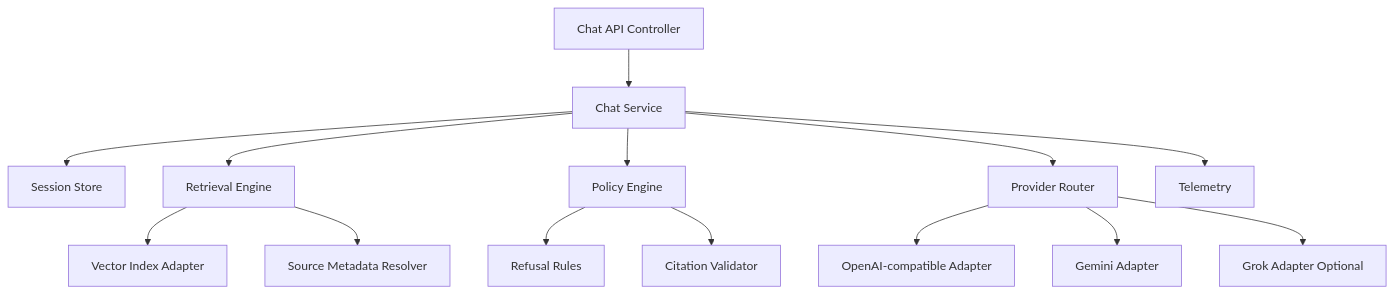
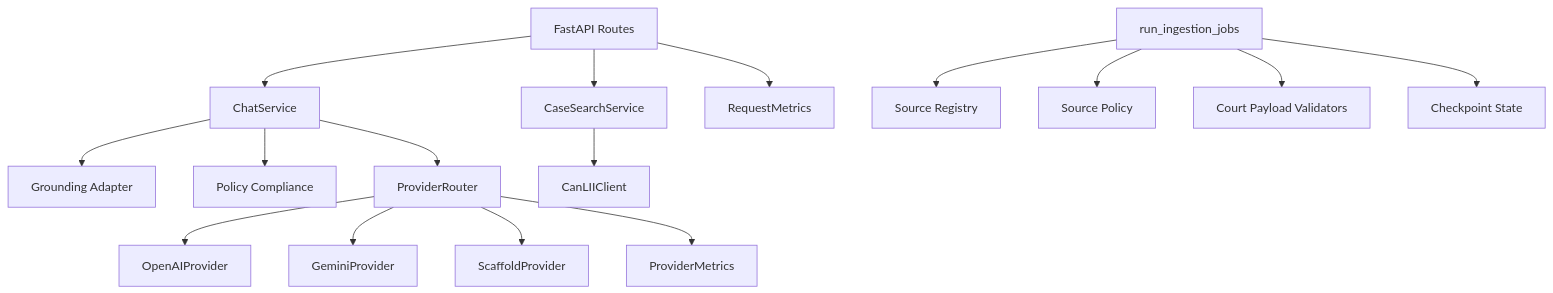
The diagram in docs/architecture/03-component-and-module-architecture.md (anamanlab/lawglance), drawn with Mermaid before and after one commit. The commit also changed other lines of this file and 22 other files, not shown here.

Commit message:
feat(docs): add docs maintenance automation and architecture refresh

````diff
--- a/docs/architecture/03-component-and-module-architecture.md
+++ b/docs/architecture/03-component-and-module-architecture.md
@@ -37,16 +46,23 @@
 ```mermaid
 graph TD
-    API[Chat API Controller] --> SVC[Chat Service]
-    SVC --> SESS[Session Store]
-    SVC --> RET[Retrieval Engine]
-    SVC --> POL[Policy Engine]
-    SVC --> ROUTE[Provider Router]
-    RET --> INDEX[Vector Index Adapter]
-    RET --> SRCMETA[Source Metadata Resolver]
-    ROUTE --> OAI[OpenAI-compatible Adapter]
-    ROUTE --> GEM[Gemini Adapter]
-    ROUTE --> GROK[Grok Adapter Optional]
-    POL --> REFUSE[Refusal Rules]
-    POL --> CITE[Citation Validator]
-    SVC --> TRACE[Telemetry]
+    ROUTER[FastAPI Routes] --> CHAT[ChatService]
+    ROUTER --> CASES[CaseSearchService]
+
+    CHAT --> GROUND[Grounding Adapter]
+    CHAT --> POLICY[Policy Compliance]
+    CHAT --> PROUTER[ProviderRouter]
+
+    PROUTER --> OPENAI[OpenAIProvider]
+    PROUTER --> GEMINI[GeminiProvider]
+    PROUTER --> SCAFFOLD[ScaffoldProvider]
+
+    CASES --> CANLII[CanLIIClient]
+
+    ROUTER --> METRICS[RequestMetrics]
+    PROUTER --> PMETRICS[ProviderMetrics]
+
+    INGEST[run_ingestion_jobs] --> REGISTRY[Source Registry]
+    INGEST --> SPOLICY[Source Policy]
+    INGEST --> COURTS[Court Payload Validators]
+    INGEST --> CHECKPOINTS[Checkpoint State]
 ```
````
